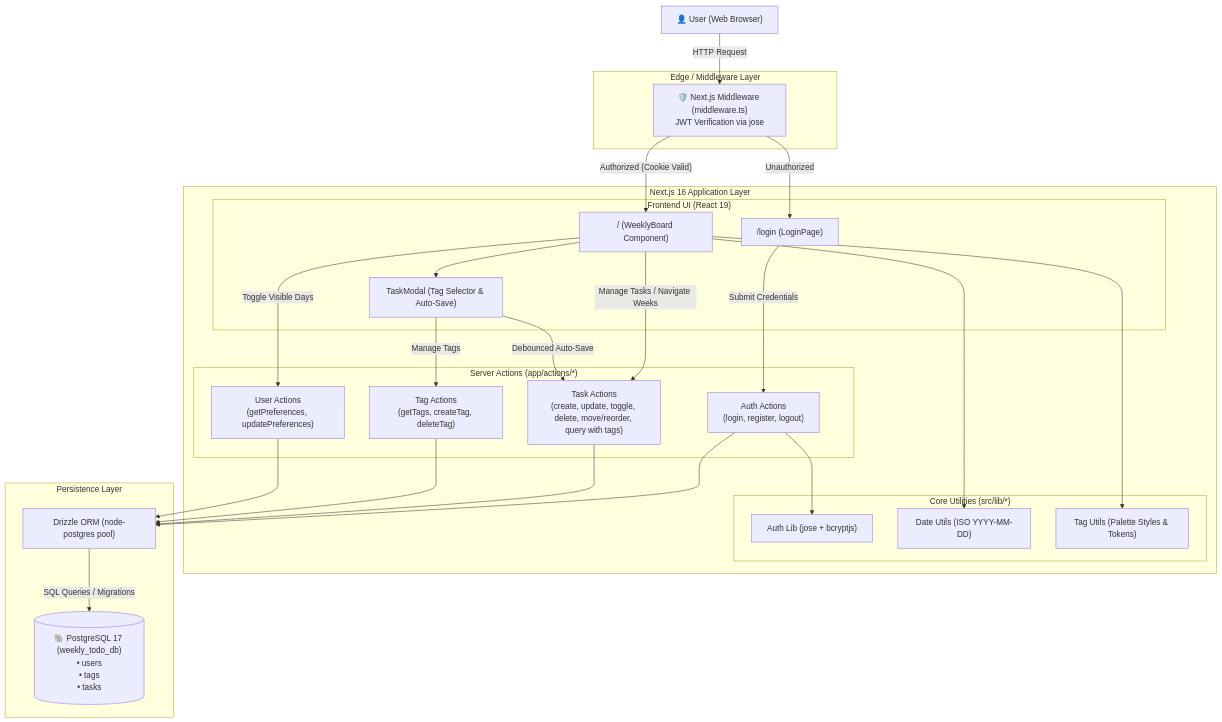
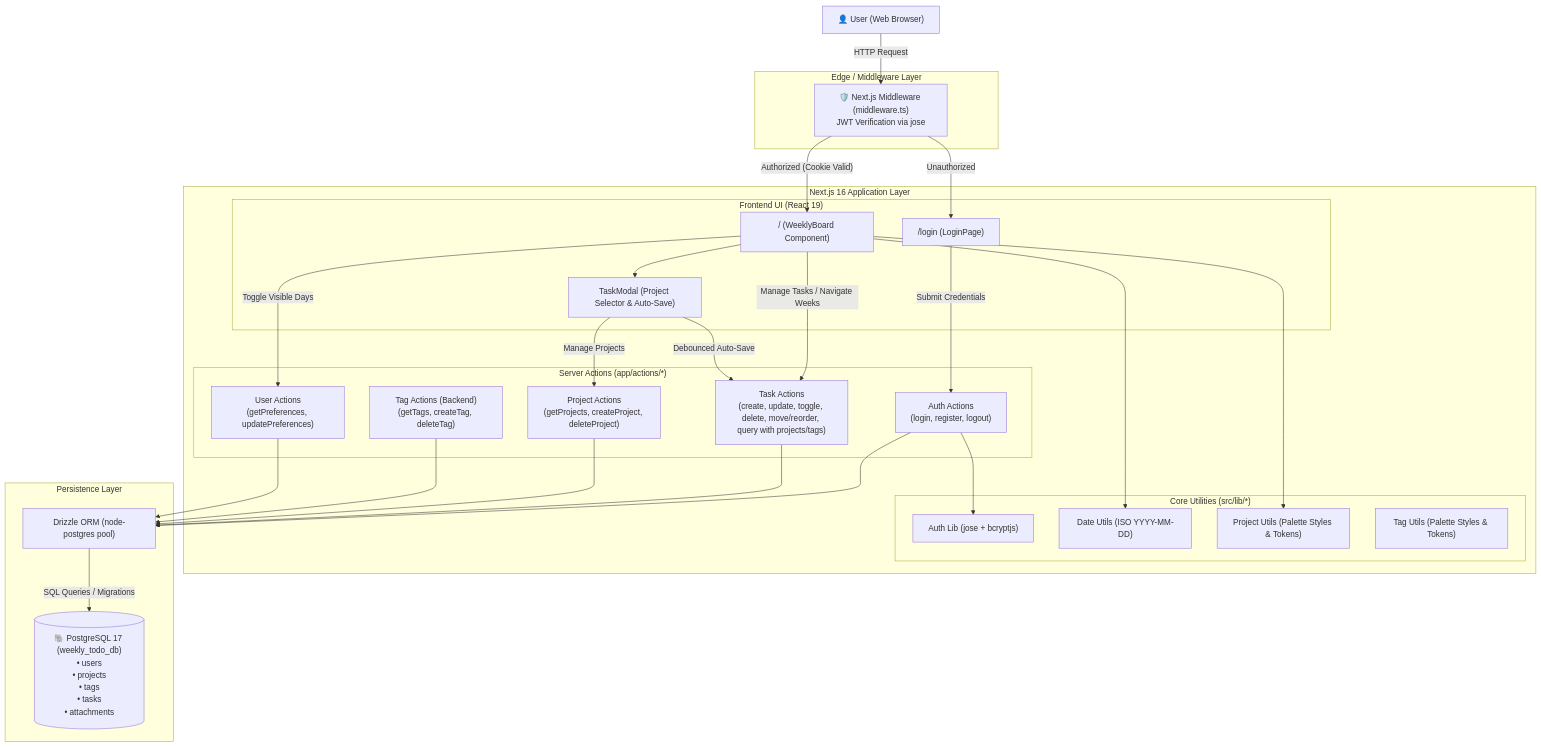
Before and after one commit to caiomrlo/weekly-to-do-list: the diagram in ARCHITECTURE.md, drawn with Mermaid. The commit also changed other lines of this file and 11 other files, not shown here.

````diff
--- a/ARCHITECTURE.md
+++ b/ARCHITECTURE.md
@@ -75,53 +78,56 @@
 ```mermaid
 flowchart TD
     User["👤 User (Web Browser)"]
 
     subgraph EdgeLayer["Edge / Middleware Layer"]
         Middleware["🛡️ Next.js Middleware (middleware.ts)\nJWT Verification via jose"]
     end
 
     subgraph AppLayer["Next.js 16 Application Layer"]
         subgraph UI["Frontend UI (React 19)"]
             LoginPage["/login (LoginPage)"]
             WeeklyBoard["/ (WeeklyBoard Component)"]
-            TaskModal["TaskModal (Tag Selector & Auto-Save)"]
+            TaskModal["TaskModal (Project Selector & Auto-Save)"]
         end
 
         subgraph ServerActions["Server Actions (app/actions/*)"]
             AuthActions["Auth Actions\n(login, register, logout)"]
-            TagActions["Tag Actions\n(getTags, createTag, deleteTag)"]
-            TaskActions["Task Actions\n(create, update, toggle, delete, move/reorder, query with tags)"]
+            ProjectActions["Project Actions\n(getProjects, createProject, deleteProject)"]
+            TagActions["Tag Actions (Backend)\n(getTags, createTag, deleteTag)"]
+            TaskActions["Task Actions\n(create, update, toggle, delete, move/reorder, query with projects/tags)"]
             UserActions["User Actions\n(getPreferences, updatePreferences)"]
         end
 
         subgraph Lib["Core Utilities (src/lib/*)"]
             AuthLib["Auth Lib (jose + bcryptjs)"]
             DateUtils["Date Utils (ISO YYYY-MM-DD)"]
+            ProjectUtils["Project Utils (Palette Styles & Tokens)"]
             TagUtils["Tag Utils (Palette Styles & Tokens)"]
         end
     end
 
     subgraph DataLayer["Persistence Layer"]
         Drizzle["Drizzle ORM (node-postgres pool)"]
-        Postgres[("🐘 PostgreSQL 17 (weekly_todo_db)\n• users\n• tags\n• tasks")]
+        Postgres[("🐘 PostgreSQL 17 (weekly_todo_db)\n• users\n• projects\n• tags\n• tasks\n• attachments")]
     end
 
     %% Flow connections
     User -->|"HTTP Request"| Middleware
     Middleware -->|"Authorized (Cookie Valid)"| WeeklyBoard
     Middleware -->|"Unauthorized"| LoginPage
     LoginPage -->|"Submit Credentials"| AuthActions
     AuthActions --> AuthLib
     AuthActions --> Drizzle
     WeeklyBoard -->|"Manage Tasks / Navigate Weeks"| TaskActions
     WeeklyBoard -->|"Toggle Visible Days"| UserActions
     WeeklyBoard --> TaskModal
-    TaskModal -->|"Manage Tags"| TagActions
+    TaskModal -->|"Manage Projects"| ProjectActions
     TaskModal -->|"Debounced Auto-Save"| TaskActions
     WeeklyBoard --> DateUtils
-    WeeklyBoard --> TagUtils
+    WeeklyBoard --> ProjectUtils
     TaskActions --> Drizzle
+    ProjectActions --> Drizzle
     TagActions --> Drizzle
     UserActions --> Drizzle
     Drizzle -->|"SQL Queries / Migrations"| Postgres
 ```
````
